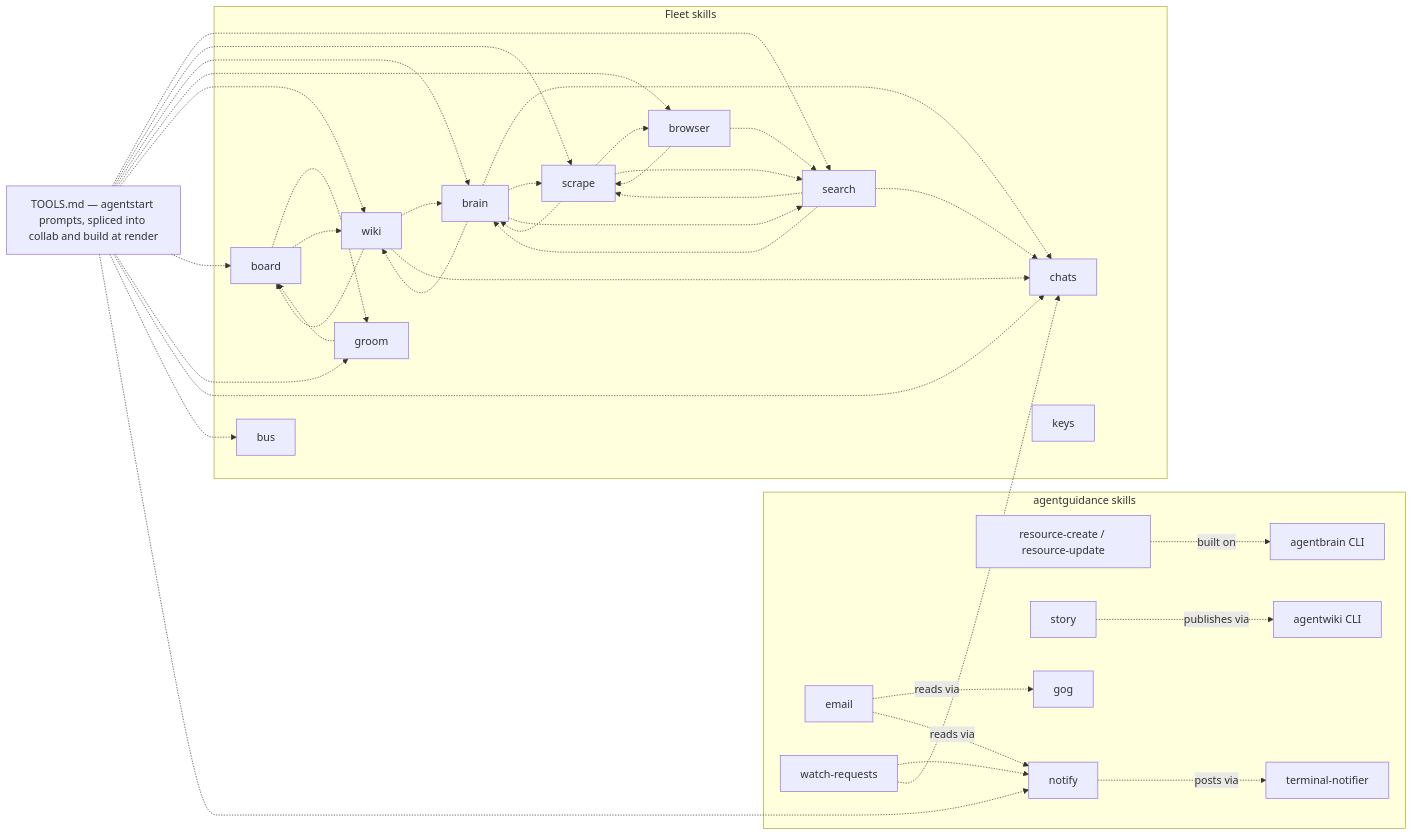
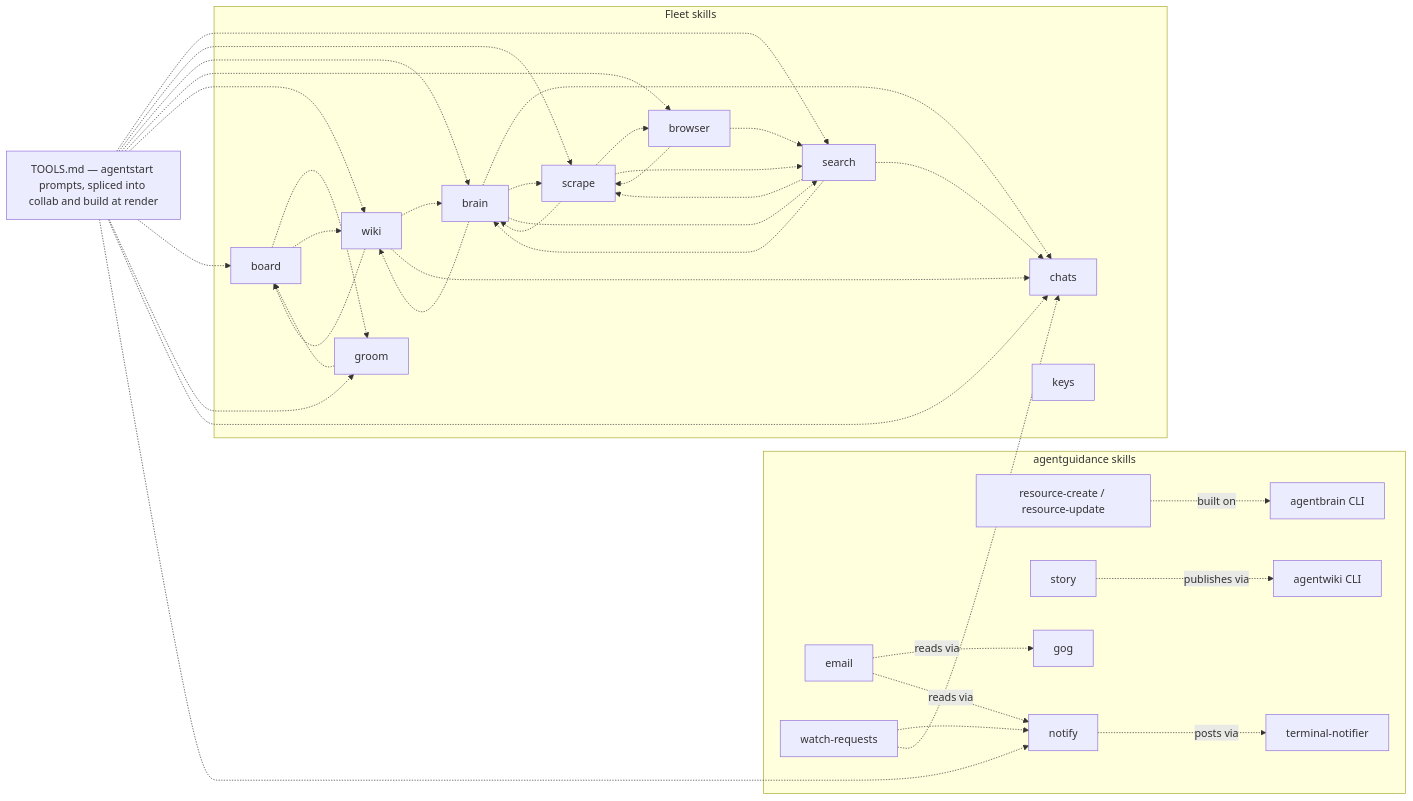
The third of 3 diagrams in skills/fleet/MAP.md (possibilities/agentdots), drawn with Mermaid before and after one commit. The commit also changed other lines of this file and 22 other files, not shown here.

````diff
--- a/skills/fleet/MAP.md
+++ b/skills/fleet/MAP.md
@@ -91,27 +86,26 @@
 ```mermaid
 flowchart LR
     subgraph fleetSkills [Fleet skills]
         board -.-> groom & wiki
         groom -.-> board
         brain -.-> chats & scrape & search & wiki
         scrape -.-> brain & browser & search
         search -.-> brain & chats & scrape
         browser -.-> scrape & search
         wiki -.-> board & brain & chats
         chats
         keys
-        bus
     end
 
     subgraph guidanceSkills [agentguidance skills]
         resource[resource-create / resource-update] -.->|built on| brainCli[agentbrain CLI]
         story -.->|publishes via| wikiCli[agentwiki CLI]
         notify -.->|posts via| notifierCli[terminal-notifier]
         email -.->|reads via| gogCli[gog] & notify
         watchRequests[watch-requests] -.-> notify
     end
 
     watchRequests -.-> chats
 
-    tools[TOOLS.md — agentstart prompts, spliced into collab and build at render] -.-> search & scrape & brain & browser & wiki & board & groom & chats & bus & notify
+    tools[TOOLS.md — agentstart prompts, spliced into collab and build at render] -.-> search & scrape & brain & browser & wiki & board & groom & chats & notify
 ```
````
